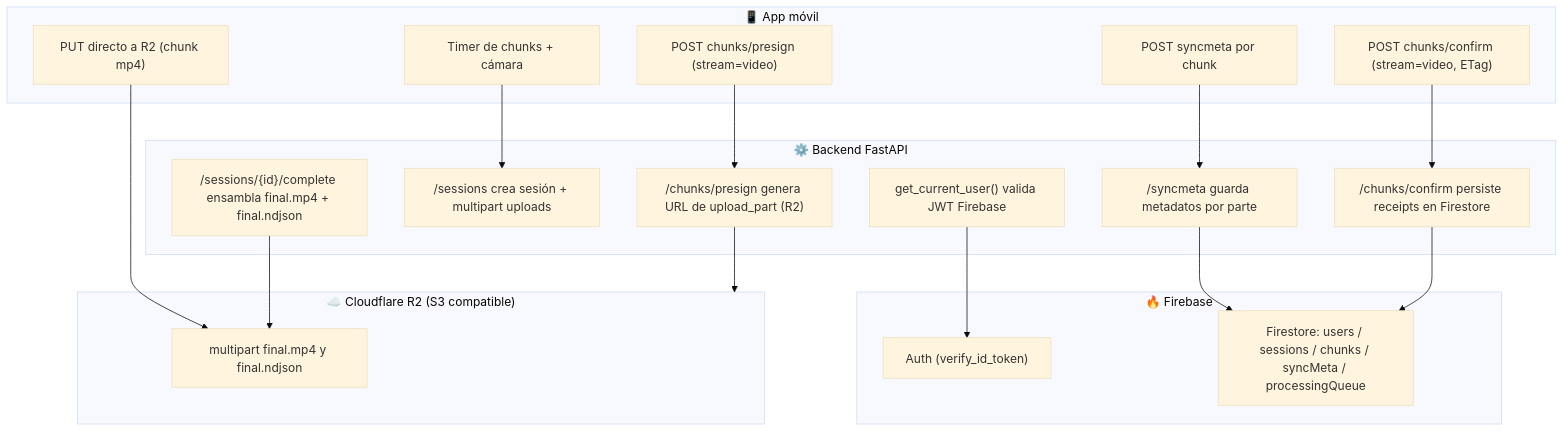
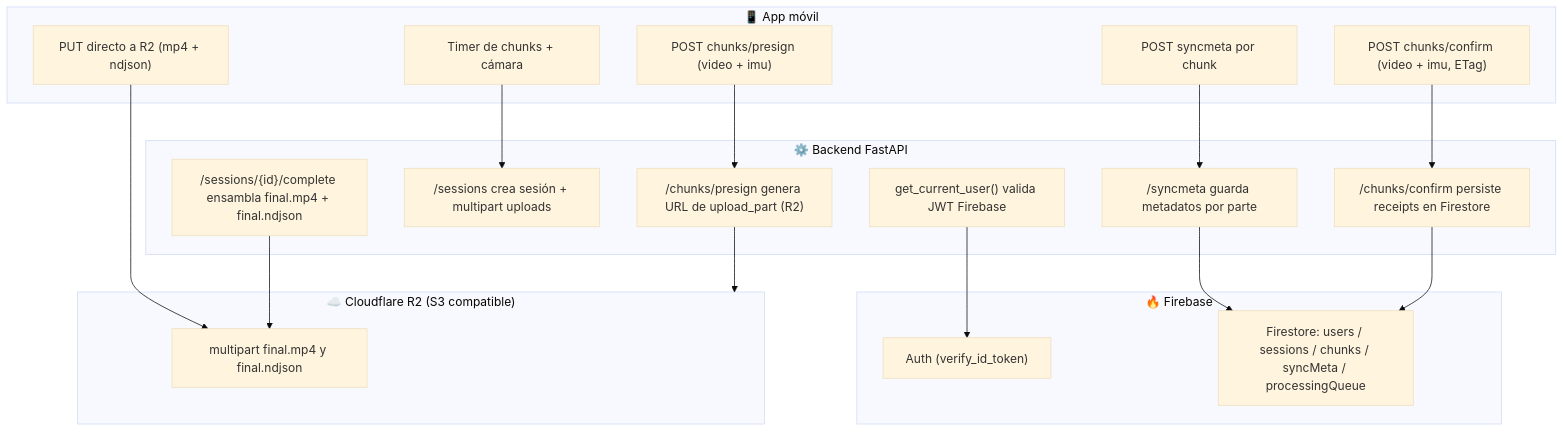
One commit to leoperezz/robonet-backend changed the first of 2 diagrams in docs/scheme_backend.md. Above: the diagram before and after it, drawn with Mermaid (base theme). The commit also changed other lines of this file and 8 other files, not shown here.

````diff
--- a/docs/scheme_backend.md
+++ b/docs/scheme_backend.md
@@ -18,36 +18,36 @@
 ```mermaid
 graph TB
   subgraph Mobile["📱 App móvil"]
     M1["Timer de chunks + cámara"]
     M2["POST syncmeta por chunk"]
-    M3["POST chunks/presign (stream=video)"]
-    M4["PUT directo a R2 (chunk mp4)"]
-    M5["POST chunks/confirm (stream=video, ETag)"]
+    M3["POST chunks/presign (video + imu)"]
+    M4["PUT directo a R2 (mp4 + ndjson)"]
+    M5["POST chunks/confirm (video + imu, ETag)"]
   end
 
   subgraph Backend["⚙️ Backend FastAPI"]
     B1["get_current_user() valida JWT Firebase"]
     B2["/sessions crea sesión + multipart uploads"]
     B3["/chunks/presign genera URL de upload_part (R2)"]
     B4["/chunks/confirm persiste receipts en Firestore"]
     B5["/sessions/{id}/complete ensambla final.mp4 + final.ndjson"]
     B6["/syncmeta guarda metadatos por parte"]
   end
 
   subgraph Firebase["🔥 Firebase"]
     F1["Auth (verify_id_token)"]
     F2["Firestore: users / sessions / chunks / syncMeta / processingQueue"]
   end
 
   subgraph R2["☁️ Cloudflare R2 (S3 compatible)"]
     R1["multipart final.mp4 y final.ndjson"]
   end
 
   M1 --> B2
   M2 --> B6 --> F2
   M3 --> B3 --> R2
   M4 --> R1
   M5 --> B4 --> F2
   B5 --> R1
   B1 --> F1
 ```
````
